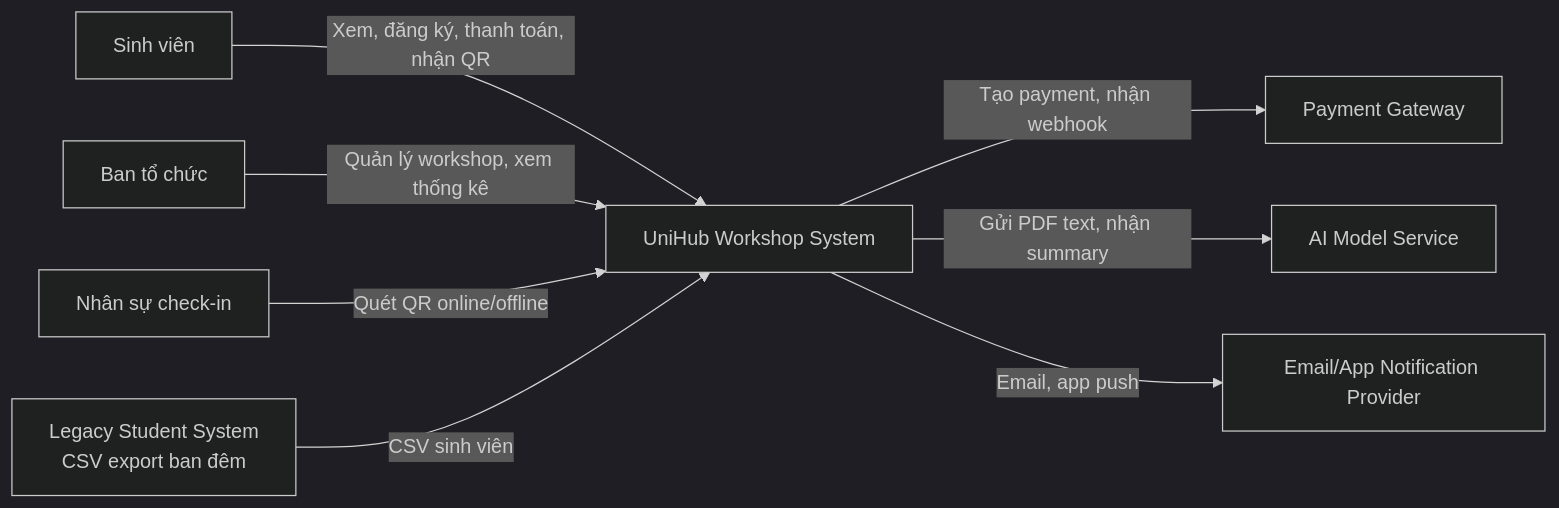
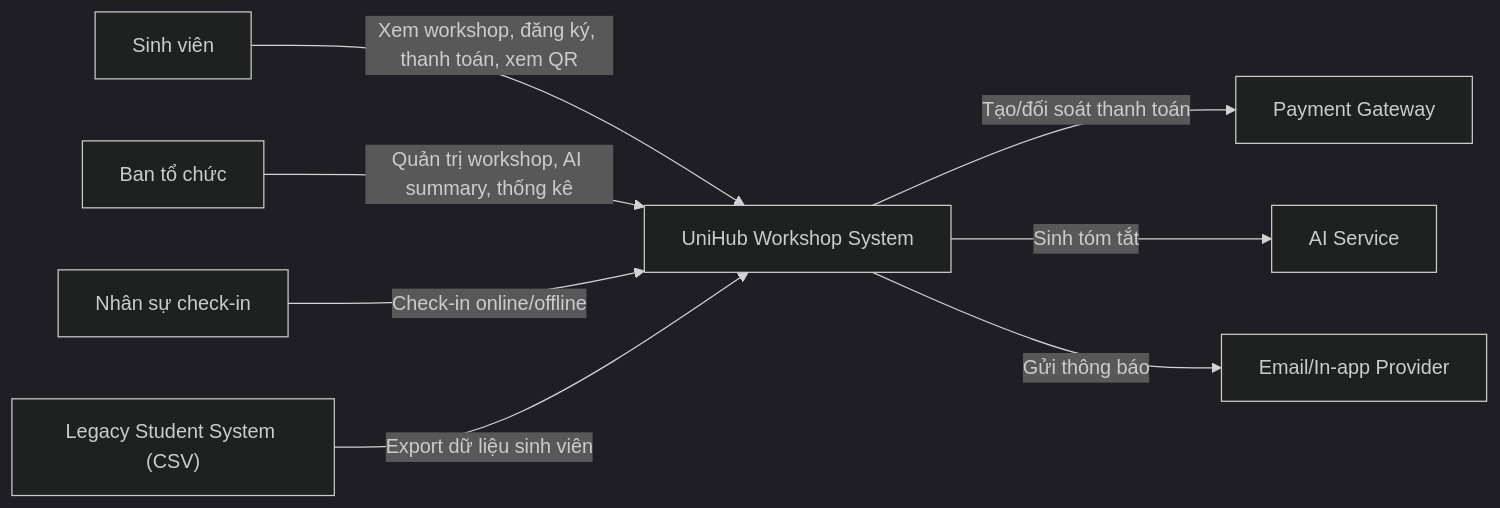
One commit to khoadanwneee/Software-Design changed the first of 3 diagrams in blueprint/design.md. Above: the diagram before and after it, drawn with Mermaid (dark theme). The commit also changed other lines of this file and 40 other files, not shown here.

````diff
--- a/blueprint/design.md
+++ b/blueprint/design.md
@@ -43,10 +25,11 @@
 ```mermaid
 flowchart LR
-  Student["Sinh viên"] -->|"Xem, đăng ký, thanh toán, nhận QR"| System["UniHub Workshop System"]
-  Organizer["Ban tổ chức"] -->|"Quản lý workshop, xem thống kê"| System
-  Staff["Nhân sự check-in"] -->|"Quét QR online/offline"| System
-  System -->|"Tạo payment, nhận webhook"| Payment["Payment Gateway"]
-  System -->|"Gửi PDF text, nhận summary"| AI["AI Model Service"]
-  Legacy["Legacy Student System<br/>CSV export ban đêm"] -->|"CSV sinh viên"| System
-  System -->|"Email, app push"| Notify["Email/App Notification Provider"]
+  Student["Sinh viên"] -->|"Xem workshop, đăng ký, thanh toán, xem QR"| UniHub["UniHub Workshop System"]
+  Organizer["Ban tổ chức"] -->|"Quản trị workshop, AI summary, thống kê"| UniHub
+  Staff["Nhân sự check-in"] -->|"Check-in online/offline"| UniHub
+
+  UniHub -->|"Tạo/đối soát thanh toán"| PaymentGateway["Payment Gateway"]
+  UniHub -->|"Sinh tóm tắt"| AIService["AI Service"]
+  LegacyCSV["Legacy Student System (CSV)"] -->|"Export dữ liệu sinh viên"| UniHub
+  UniHub -->|"Gửi thông báo"| NotifyProvider["Email/In-app Provider"]
 ```
````
